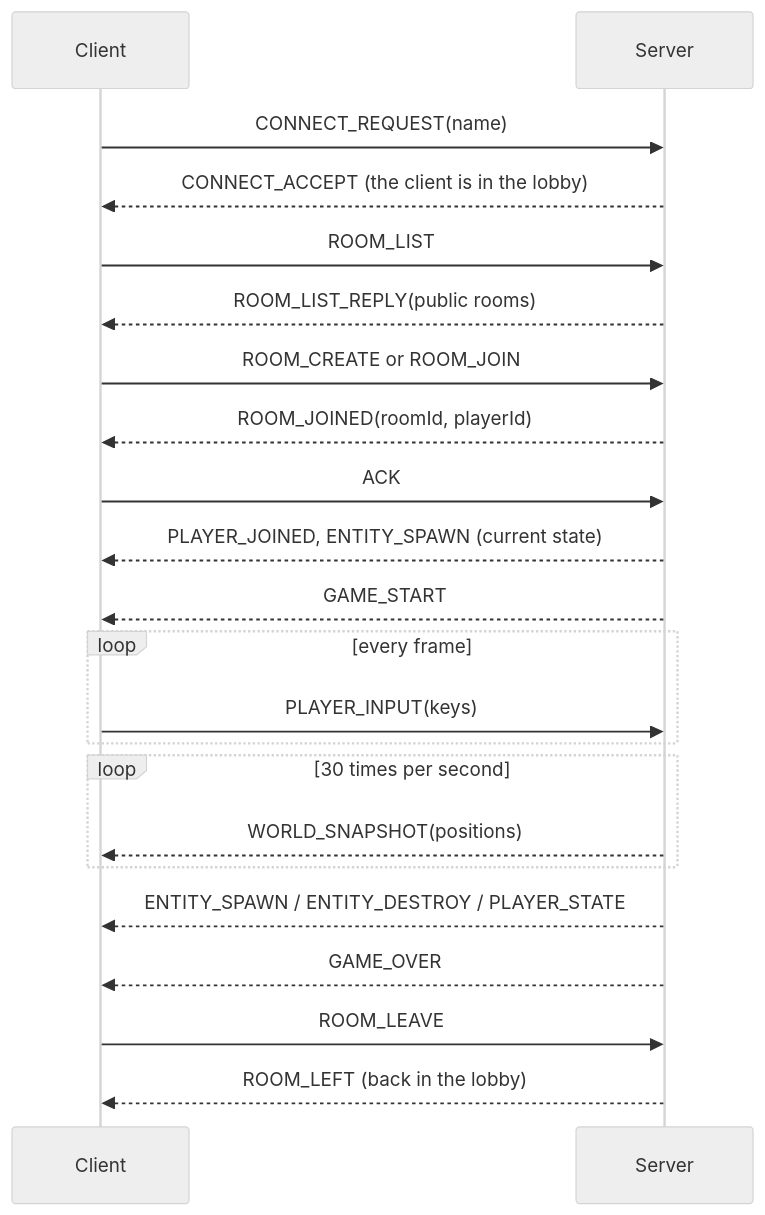
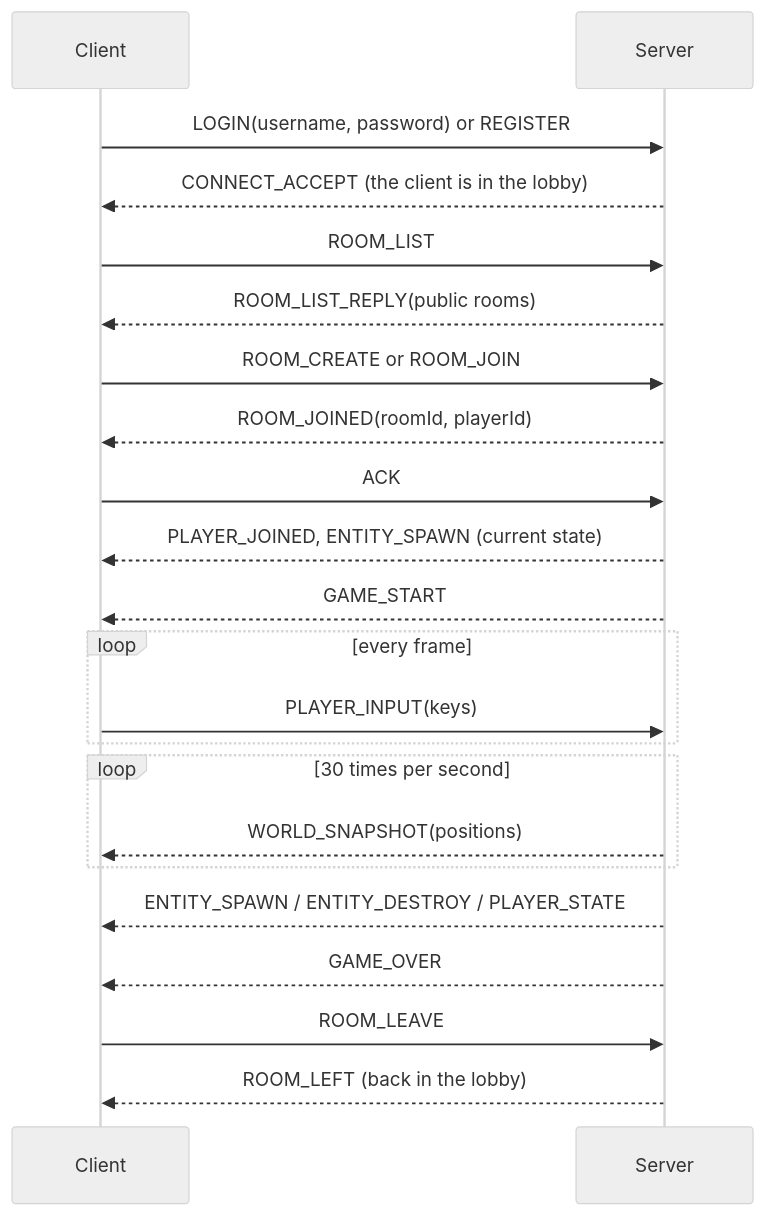
One commit to Boz0o0/R-Type changed the first of 4 diagrams in docs/mkdocs/protocol/specification.md. Above: the diagram before and after it, drawn with Mermaid (neutral theme). The commit also changed other lines of this file and 6 other files, not shown here.

````diff
--- a/docs/mkdocs/protocol/specification.md
+++ b/docs/mkdocs/protocol/specification.md
@@ -19,24 +19,24 @@
 ```mermaid
 sequenceDiagram
     participant C as Client
     participant S as Server
-    C->>S: CONNECT_REQUEST(name)
+    C->>S: LOGIN(username, password) or REGISTER
     S-->>C: CONNECT_ACCEPT (the client is in the lobby)
     C->>S: ROOM_LIST
     S-->>C: ROOM_LIST_REPLY(public rooms)
     C->>S: ROOM_CREATE or ROOM_JOIN
     S-->>C: ROOM_JOINED(roomId, playerId)
     C->>S: ACK
     S-->>C: PLAYER_JOINED, ENTITY_SPAWN (current state)
     S-->>C: GAME_START
     loop every frame
         C->>S: PLAYER_INPUT(keys)
     end
     loop 30 times per second
         S-->>C: WORLD_SNAPSHOT(positions)
     end
     S-->>C: ENTITY_SPAWN / ENTITY_DESTROY / PLAYER_STATE
     S-->>C: GAME_OVER
     C->>S: ROOM_LEAVE
     S-->>C: ROOM_LEFT (back in the lobby)
 ```
````
